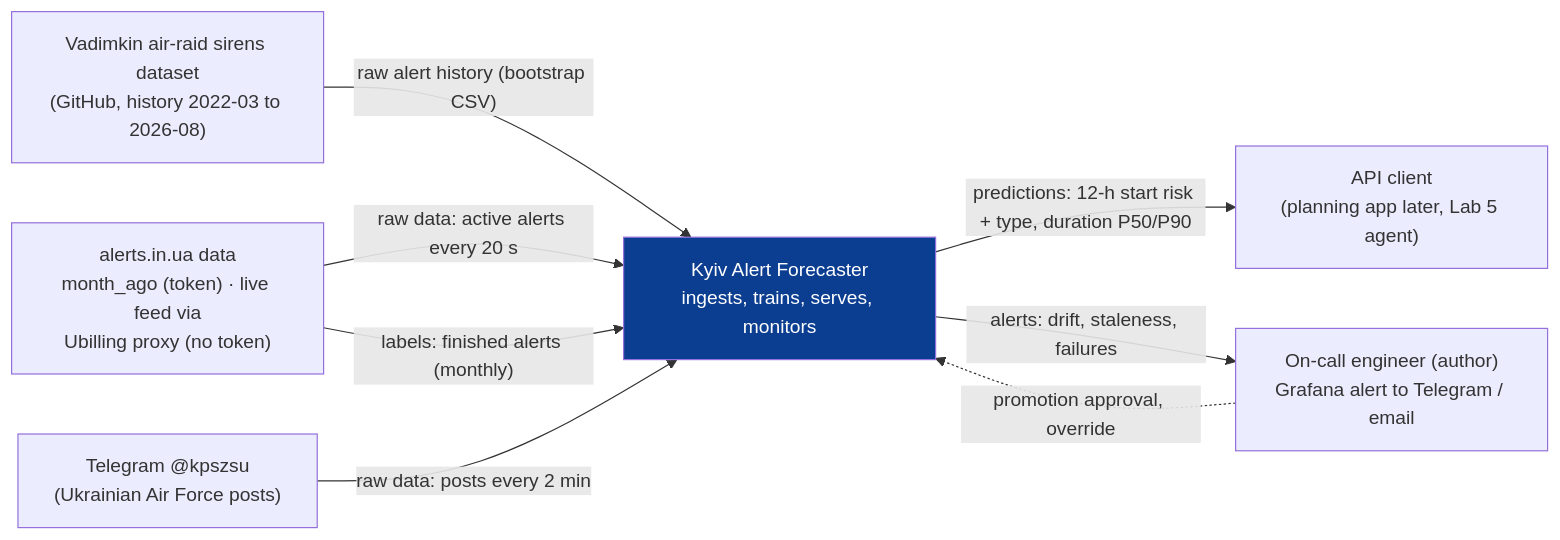
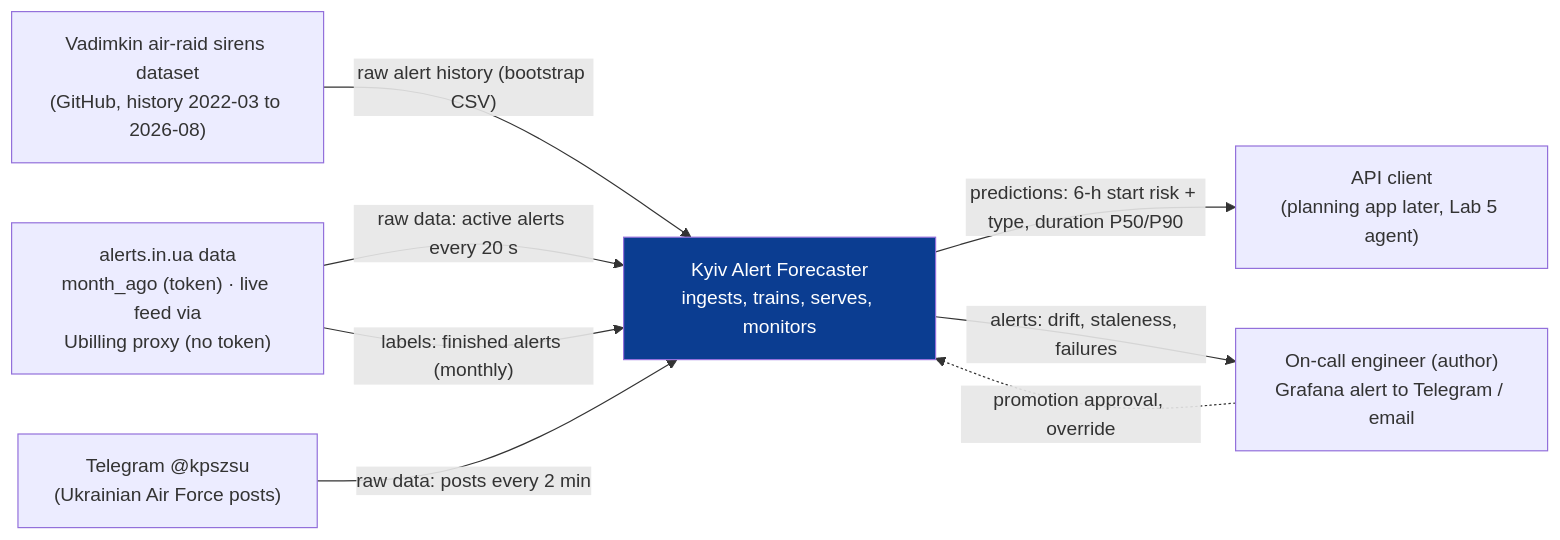
The first of 4 diagrams in docs/design.md (kvitoslava-yarish/mlops-2026), drawn with Mermaid before and after one commit. The commit also changed other lines of this file and 11 other files, not shown here.

````diff
--- a/docs/design.md
+++ b/docs/design.md
@@ -246,19 +284,19 @@
 ```mermaid
 flowchart LR
     vad["Vadimkin air-raid sirens dataset<br/>(GitHub, history 2022-03 to 2026-08)"]
     aiu["alerts.in.ua data<br/>month_ago (token) · live feed via<br/>Ubilling proxy (no token)"]
     tg["Telegram @kpszsu<br/>(Ukrainian Air Force posts)"]
     sys["Kyiv Alert Forecaster<br/>ingests, trains, serves, monitors"]
     cli["API client<br/>(planning app later, Lab 5 agent)"]
     onc["On-call engineer (author)<br/>Grafana alert to Telegram / email"]
 
     vad -- "raw alert history (bootstrap CSV)" --> sys
     aiu -- "raw data: active alerts every 20 s" --> sys
     aiu -- "labels: finished alerts (monthly)" --> sys
     tg -- "raw data: posts every 2 min" --> sys
-    sys -- "predictions: 12-h start risk + type, duration P50/P90" --> cli
+    sys -- "predictions: 6-h start risk + type, duration P50/P90" --> cli
     sys -- "alerts: drift, staleness, failures" --> onc
     onc -. "promotion approval, override" .-> sys
 
     style sys fill:#0b3d91,color:#ffffff
 ```
````
